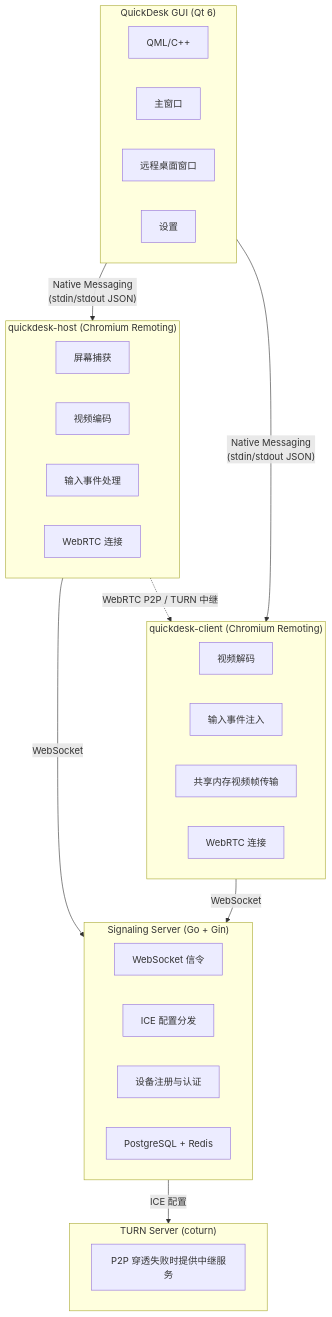
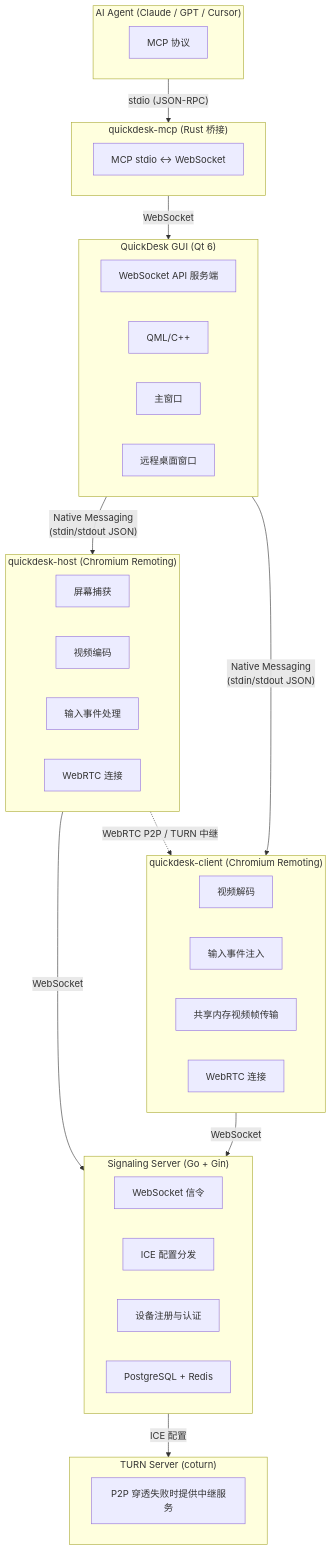
One commit to virtualesp/QuickDesk changed the diagram in README_zh.md. Above: the diagram before and after it, drawn with Mermaid. The commit also changed other lines of this file and 3 other files, not shown here.

````diff
--- a/README_zh.md
+++ b/README_zh.md
@@ -129,42 +151,52 @@
 ```mermaid
 graph TD
+    subgraph AI["AI Agent (Claude / GPT / Cursor)"]
+        A1["MCP 协议"]
+    end
+
+    subgraph MCP["quickdesk-mcp (Rust 桥接)"]
+        M1["MCP stdio ↔ WebSocket"]
+    end
+
     subgraph GUI["QuickDesk GUI (Qt 6)"]
         direction LR
+        WS["WebSocket API 服务端"]
         QML["QML/C++"]
         MainWin["主窗口"]
         RemoteWin["远程桌面窗口"]
-        Settings["设置"]
     end
 
     subgraph Host["quickdesk-host (Chromium Remoting)"]
         H1["屏幕捕获"]
         H2["视频编码"]
         H3["输入事件处理"]
         H4["WebRTC 连接"]
     end
 
     subgraph Client["quickdesk-client (Chromium Remoting)"]
         C1["视频解码"]
         C2["输入事件注入"]
         C3["共享内存视频帧传输"]
         C4["WebRTC 连接"]
     end
 
     subgraph Signaling["Signaling Server (Go + Gin)"]
         S1["WebSocket 信令"]
         S2["ICE 配置分发"]
         S3["设备注册与认证"]
         S4["PostgreSQL + Redis"]
     end
 
     subgraph TURN["TURN Server (coturn)"]
         T1["P2P 穿透失败时提供中继服务"]
     end
 
+    AI -- "stdio (JSON-RPC)" --> MCP
+    MCP -- "WebSocket" --> WS
     GUI -- "Native Messaging\n(stdin/stdout JSON)" --> Host
     GUI -- "Native Messaging\n(stdin/stdout JSON)" --> Client
     Host -- "WebSocket" --> Signaling
     Client -- "WebSocket" --> Signaling
     Signaling -- "ICE 配置" --> TURN
     Host -. "WebRTC P2P / TURN 中继" .-> Client
 ```
````
